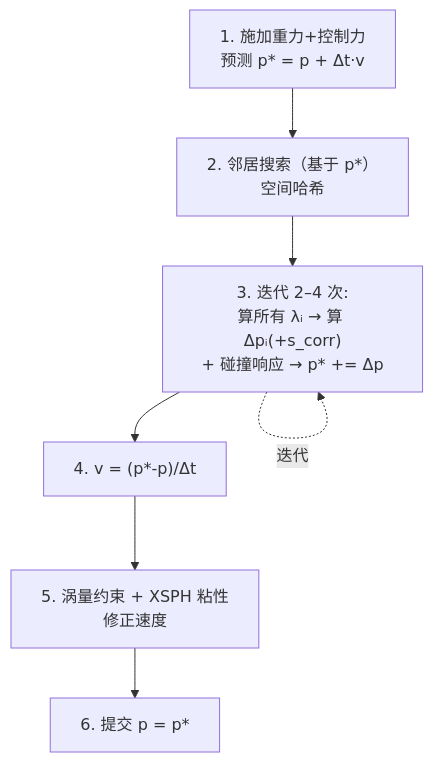
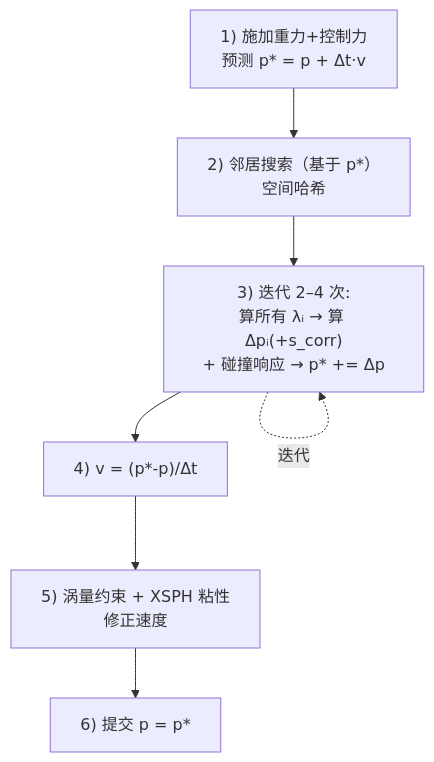
Before and after one commit to Pleasant233/Library: the second of 3 diagrams in TripoDCC&Shader知识库/Renderer/软体模拟/07 PBD 与 PBF.md, drawn with Mermaid. The commit also changed other lines of this file, not shown here.

Commit message:
fix: 修复 07 PBD 与 PBF 的 Mermaid 渲染错误
节点标签以「数字. 」开头被 Mermaid 当有序列表解析，
报错 Unsupported markdown: list 导致图与下方表格显示异常。
改用「数字) 」规避，语义不变。

````diff
--- a/TripoDCC&Shader知识库/Renderer/软体模拟/07 PBD 与 PBF.md
+++ b/TripoDCC&Shader知识库/Renderer/软体模拟/07 PBD 与 PBF.md
@@ -84,9 +84,9 @@
 ```mermaid
 flowchart TD
-    A["1. 施加重力+控制力\n预测 p* = p + Δt·v"] --> B["2. 邻居搜索（基于 p*）\n空间哈希"]
-    B --> C["3. 迭代 2–4 次:\n算所有 λᵢ → 算 Δpᵢ(+s_corr)\n+ 碰撞响应 → p* += Δp"]
-    C --> D["4. v = (p*-p)/Δt"]
-    D --> E["5. 涡量约束 + XSPH 粘性\n修正速度"]
-    E --> F["6. 提交 p = p*"]
+    A["1) 施加重力+控制力\n预测 p* = p + Δt·v"] --> B["2) 邻居搜索（基于 p*）\n空间哈希"]
+    B --> C["3) 迭代 2–4 次:\n算所有 λᵢ → 算 Δpᵢ(+s_corr)\n+ 碰撞响应 → p* += Δp"]
+    C --> D["4) v = (p*-p)/Δt"]
+    D --> E["5) 涡量约束 + XSPH 粘性\n修正速度"]
+    E --> F["6) 提交 p = p*"]
     C -.->|迭代| C
 ```
````
